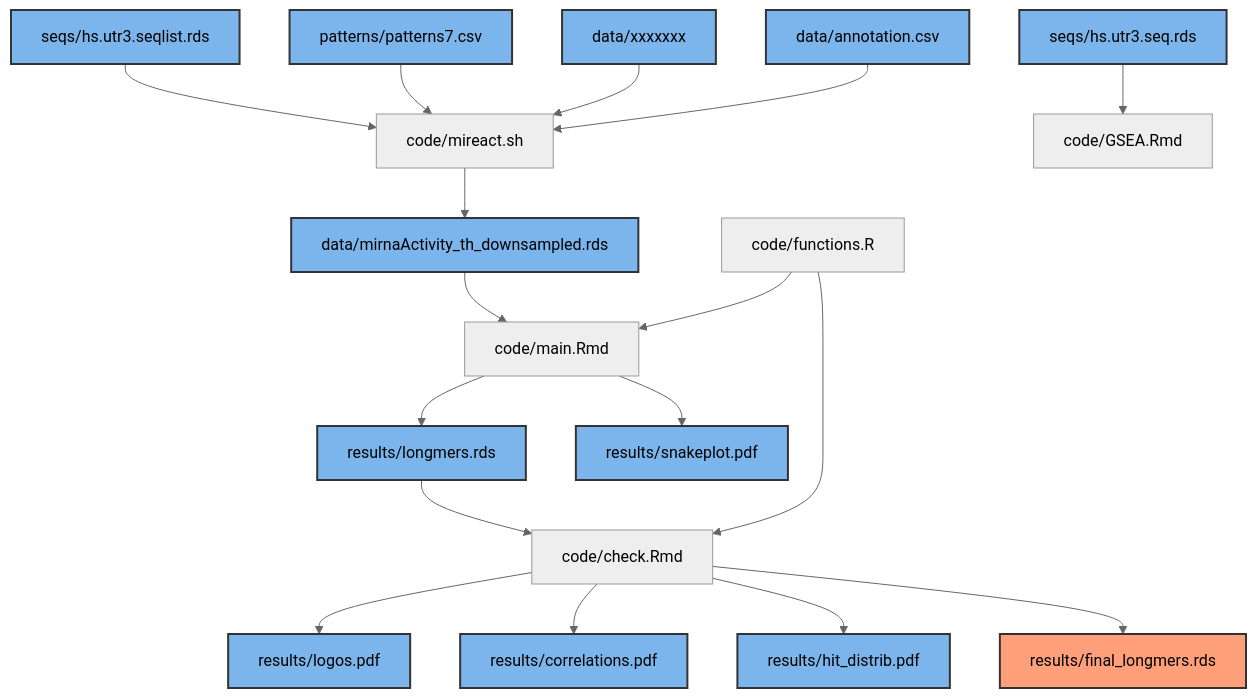
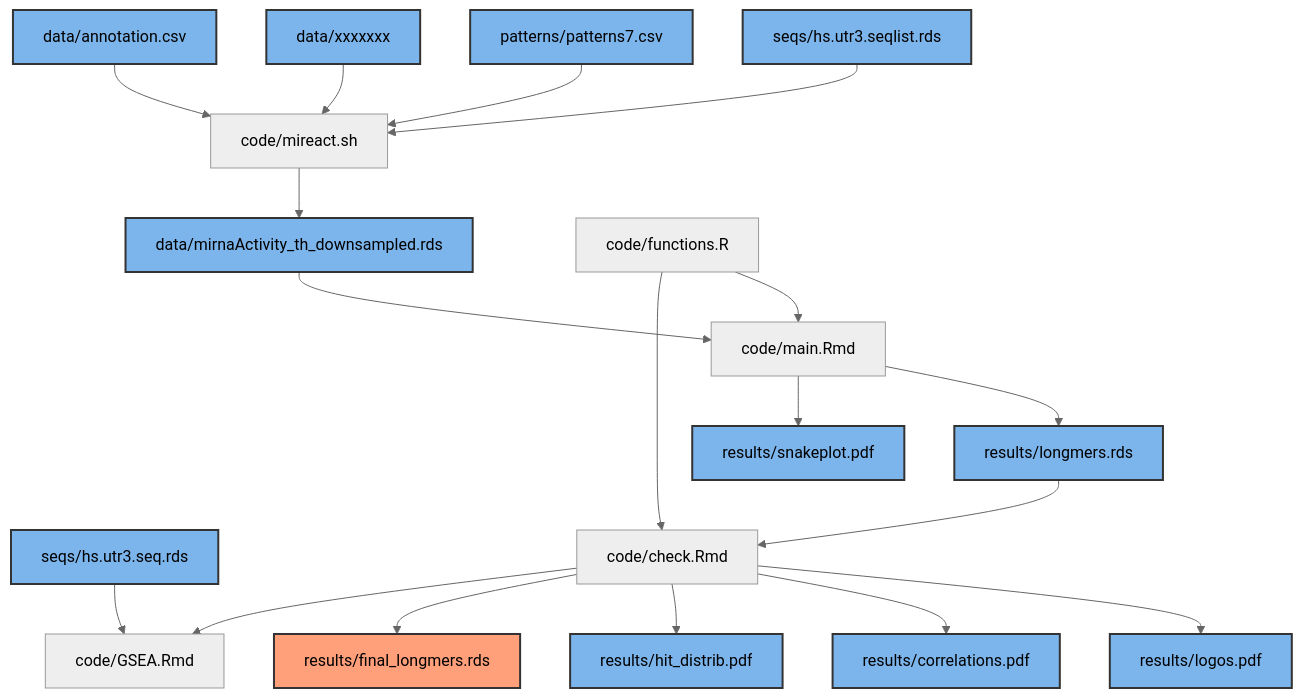
The diagram in README.md (PaulaRodrigoMartin/SMLB), drawn with Mermaid (neutral theme) before and after one commit.

````diff
--- a/README.md
+++ b/README.md
@@ -1,53 +1,54 @@
 ```mermaid
 graph TD;
     seqlist[seqs/hs.utr3.seqlist.rds]
     seqs[seqs/hs.utr3.seq.rds]
     mireact_input[data/xxxxxxx]
     miReact_output[data/mirnaActivity_th_downsampled.rds]
     7mers[patterns/patterns7.csv]
     annotation[data/annotation.csv]
     miReact[code/mireact.sh]
     functions[code/functions.R]
     main_notebook[code/main.Rmd]
     check_notebook[code/check.Rmd]
     GSEA[code/GSEA.Rmd]
     logos[results/logos.pdf]
     corrm[results/correlations.pdf]
     distrib[results/hit_distrib.pdf]
     snakeplot[results/snakeplot.pdf]
     longmers[results/longmers.rds]
     finallongmers[results/final_longmers.rds]
     
 
     style seqlist fill:#7cb5ec,stroke:#333,stroke-width:2px;
     style miReact_output fill:#7cb5ec,stroke:#333,stroke-width:2px;
     style 7mers fill:#7cb5ec,stroke:#333,stroke-width:2px;
     style mireact_input fill:#7cb5ec,stroke:#333,stroke-width:2px;
     style seqs fill:#7cb5ec,stroke:#333,stroke-width:2px;
     style annotation fill:#7cb5ec,stroke:#333,stroke-width:2px;
     style logos fill:#7cb5ec,stroke:#333,stroke-width:2px;
     style corrm fill:#7cb5ec,stroke:#333,stroke-width:2px;
     style distrib fill:#7cb5ec,stroke:#333,stroke-width:2px;
     style snakeplot fill:#7cb5ec,stroke:#333,stroke-width:2px;
     style longmers fill:#7cb5ec,stroke:#333,stroke-width:2px;
     style finallongmers fill:#FFA07A,stroke:#333,stroke-width:2px;
 
 
     seqlist-->miReact
     7mers-->miReact
     mireact_input-->miReact
     annotation-->miReact
     miReact-->miReact_output
     functions-->main_notebook
     functions-->check_notebook
     main_notebook-->longmers
     longmers-->check_notebook
     check_notebook-->logos
     check_notebook-->corrm
     check_notebook-->distrib
     check_notebook-->finallongmers
+    check_notebook-->GSEA
     seqs-->GSEA
     main_notebook--> snakeplot
     miReact_output-->main_notebook
 
 ```
````
